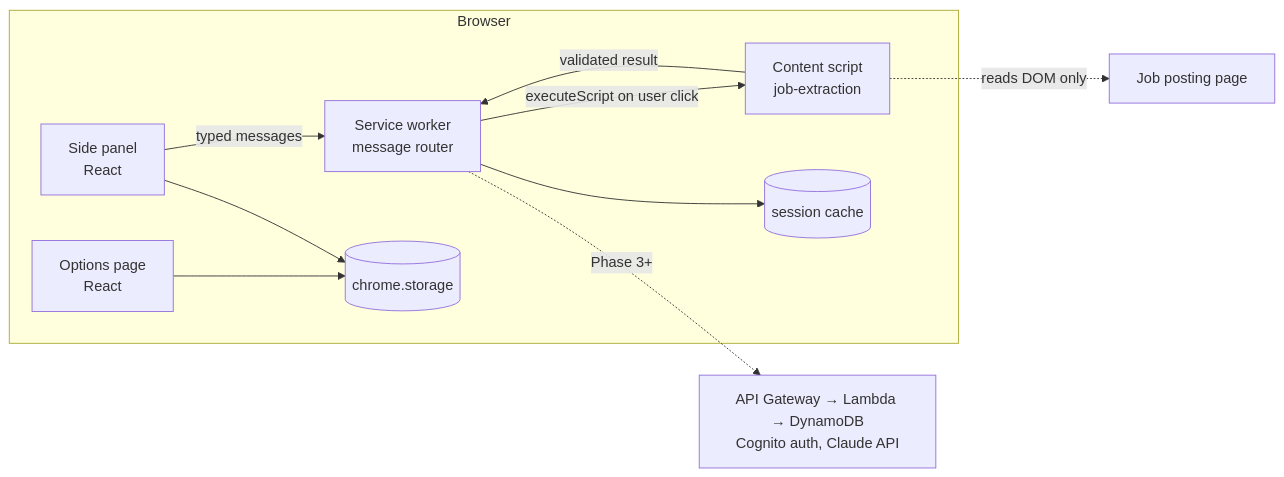
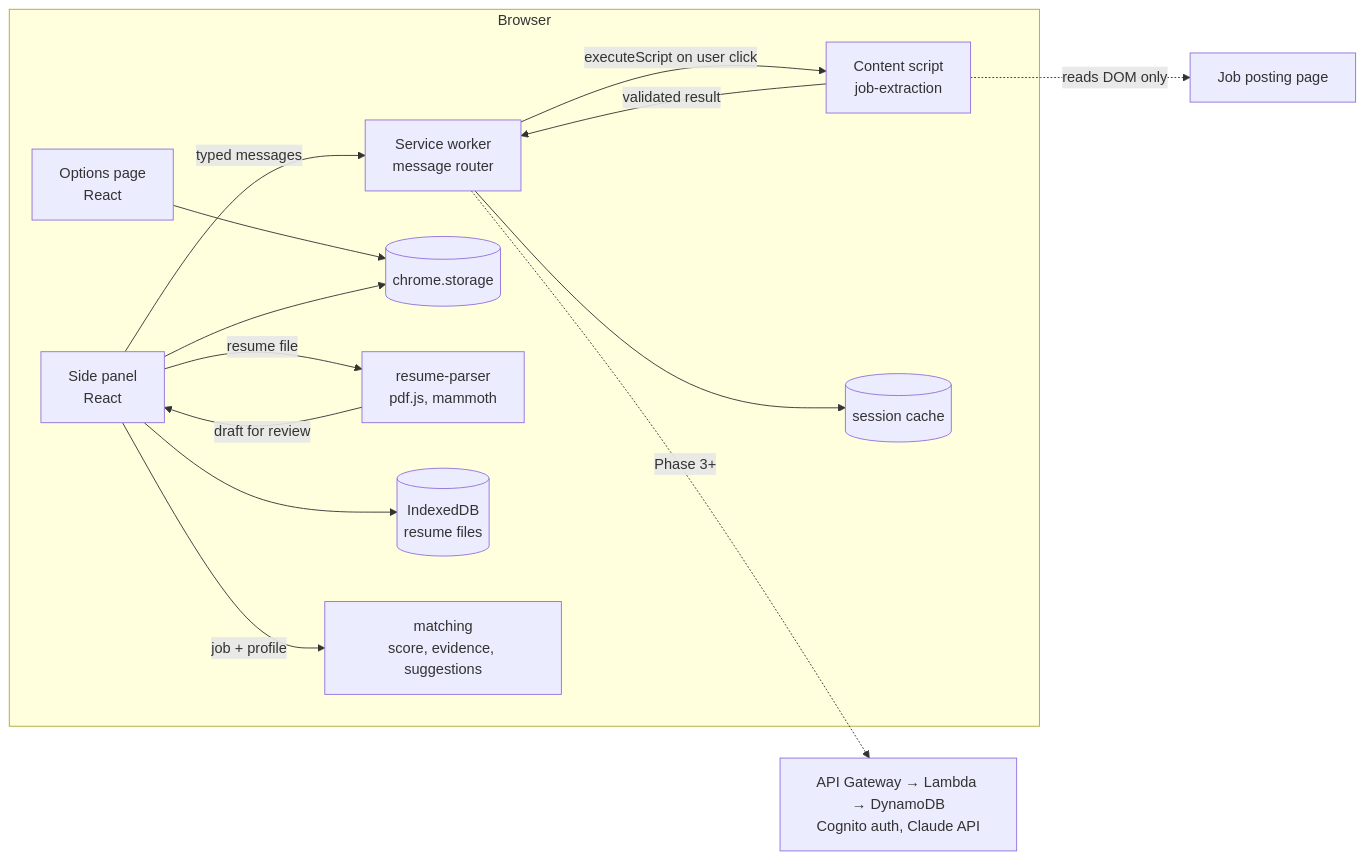
One commit to amadshamat/applypilot-ai changed the diagram in README.md. Above: the diagram before and after it, drawn with Mermaid. The commit also changed other lines of this file and 51 other files, not shown here.

First line of the commit message:
Phase 2: profile editor, resume upload and review, match card (v0.2.0)

````diff
--- a/README.md
+++ b/README.md
@@ -52,13 +60,17 @@
 ```mermaid
 flowchart LR
   subgraph Browser
     SP[Side panel<br/>React] -- typed messages --> SW[Service worker<br/>message router]
     OP[Options page<br/>React] --> ST[(chrome.storage)]
     SP --> ST
+    SP -- resume file --> RP[resume-parser<br/>pdf.js, mammoth]
+    RP -- draft for review --> SP
+    SP --> IDB[(IndexedDB<br/>resume files)]
+    SP -- job + profile --> MT[matching<br/>score, evidence, suggestions]
     SW -- executeScript on user click --> CS[Content script<br/>job-extraction]
     CS -- validated result --> SW
     SW --> SS[(session cache)]
   end
   CS -. reads DOM only .-> Page[Job posting page]
   SW -. Phase 3+ .-> API[API Gateway → Lambda → DynamoDB<br/>Cognito auth, Claude API]
 ```
````
